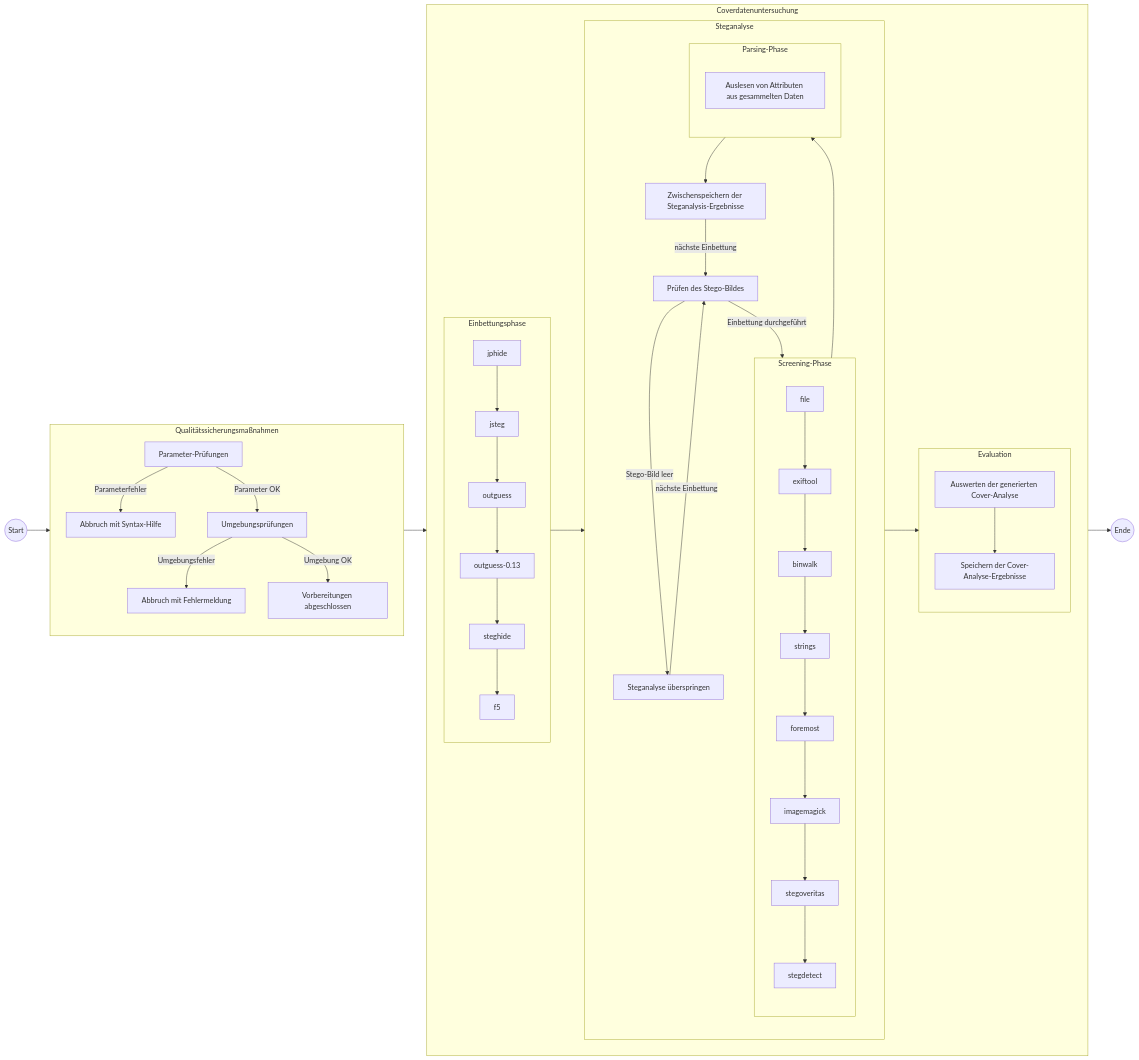
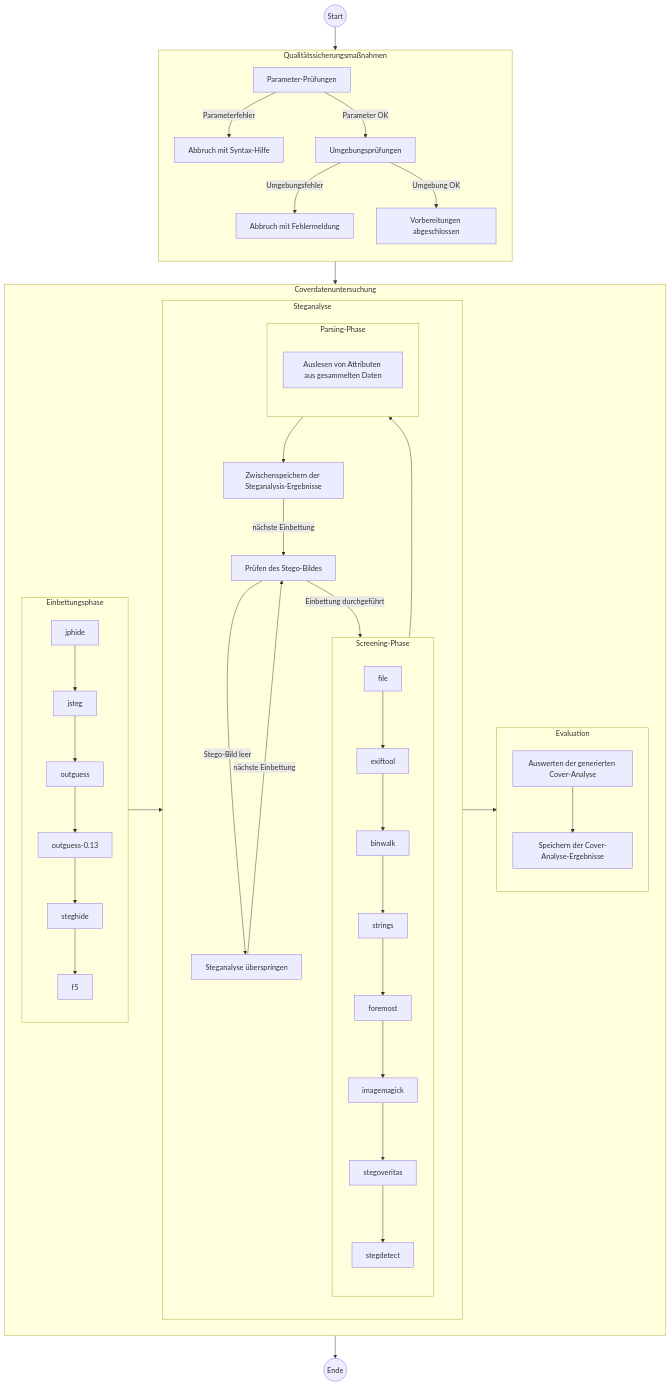
The diagram in SMKITS5/README.md (bh-8/amsl-it-security-projects), drawn with Mermaid before and after one commit.

````diff
--- a/SMKITS5/README.md
+++ b/SMKITS5/README.md
@@ -104,80 +104,80 @@
     ```mermaid
-    flowchart LR
+    flowchart TB
       start(("Start"))
       subgraph Qualitätssicherungsmaßnahmen
         direction TB
         paramchecks["Parameter-Prüfungen"]
         aborthelp["Abbruch mit Syntax-Hilfe"]
         envchecks["Umgebungsprüfungen"]
         aborterr["Abbruch mit Fehlermeldung"]
         qa["Vorbereitungen abgeschlossen"]
         paramchecks
         paramchecks--"Parameterfehler"-->aborthelp
         paramchecks--"Parameter OK"-->envchecks
         envchecks--"Umgebungsfehler"-->aborterr
         envchecks--"Umgebung OK"-->qa
       end
       subgraph Coverdatenuntersuchung
         direction LR
         subgraph Einbettungsphase
           direction TB
           jphide["jphide"]
           jsteg["jsteg"]
           outguess["outguess"]
           outguess-0.13["outguess-0.13"]
           steghide["steghide"]
           f5["f5"]
           jphide-->jsteg
           jsteg-->outguess
           outguess-->outguess-0.13
           outguess-0.13-->steghide
           steghide-->f5
         end
         subgraph Steganalyse
           direction TB
           stegocheck["Prüfen des Stego-Bildes"]
           skipempty["Steganalyse überspringen"]
           subgraph Screening-Phase
             direction TB
             file["file"]
             exiftool["exiftool"]
             binwalk["binwalk"]
             strings["strings"]
             foremost["foremost"]
             imagemagick["imagemagick"]
             stegoveritas["stegoveritas"]
             stegdetect["stegdetect"]
             file-->exiftool
             exiftool-->binwalk
             binwalk-->strings
             strings-->foremost
             foremost-->imagemagick
             imagemagick-->stegoveritas
             stegoveritas-->stegdetect
           end
           subgraph Parsing-Phase
             direction TB
             parse["Auslesen von Attributen aus gesammelten Daten"]
           end
           savecsv["Zwischenspeichern der Steganalysis-Ergebnisse"]
           stegocheck--"Stego-Bild leer"-->skipempty
           skipempty--"nächste Einbettung"-->stegocheck
           stegocheck--"Einbettung durchgeführt"-->Screening-Phase
           Screening-Phase-->Parsing-Phase
           Parsing-Phase-->savecsv
           savecsv--"nächste Einbettung"-->stegocheck
         end
         subgraph Evaluation
           direction TB
           eval["Auswerten der generierten Cover-Analyse"]
           saveout["Speichern der Cover-Analyse-Ergebnisse"]
           eval-->saveout
         end
         Einbettungsphase-->Steganalyse
         Steganalyse-->Evaluation
       end
       finish(("Ende"))
       start-->Qualitätssicherungsmaßnahmen
       Qualitätssicherungsmaßnahmen-->Coverdatenuntersuchung
       Coverdatenuntersuchung-->finish
     ```  
````
